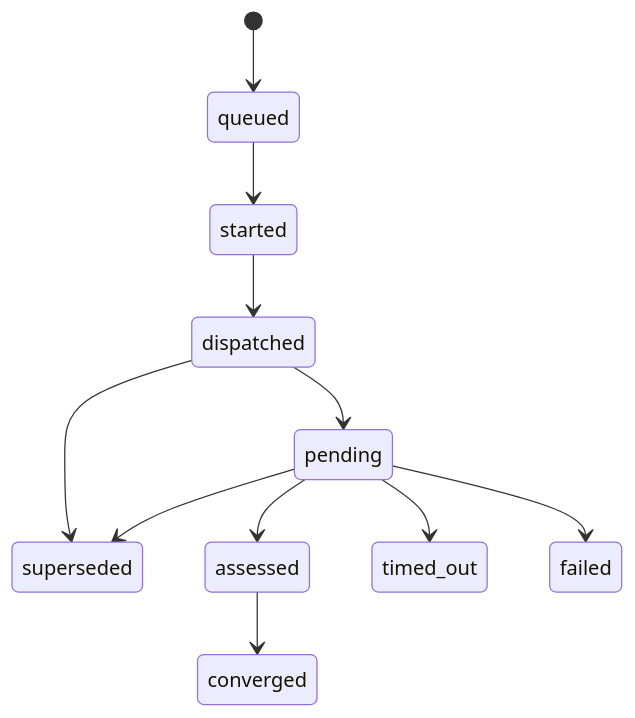
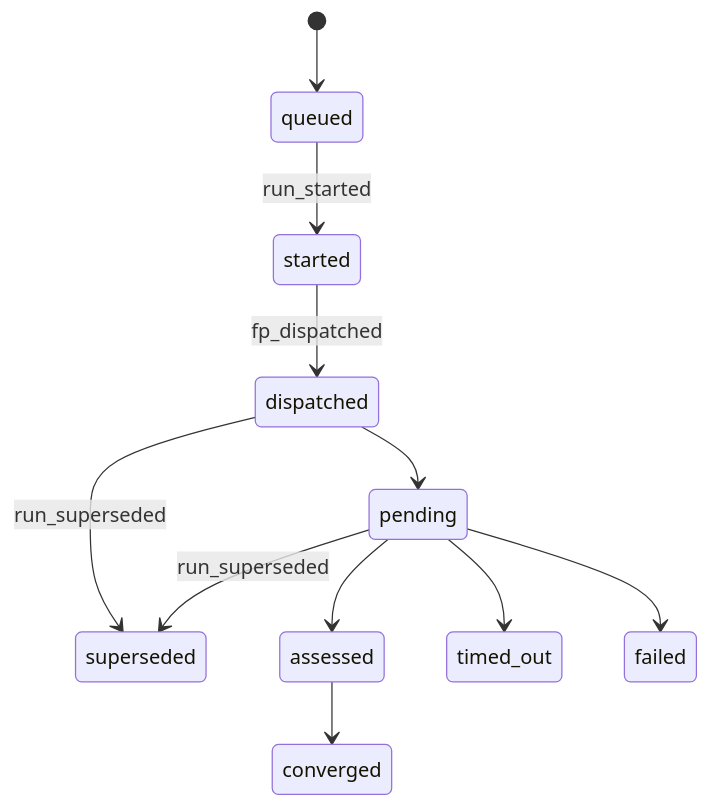
The seventh of 23 diagrams in docs/ABG_Design_Document.md (foolishimp/abiogenesis), drawn with Mermaid before and after one commit. The commit also changed other lines of this file and 90 other files, not shown here.

````diff
--- a/docs/ABG_Design_Document.md
+++ b/docs/ABG_Design_Document.md
@@ -367,13 +475,13 @@
 ```mermaid
 stateDiagram-v2
     [*] --> queued
-    queued --> started
-    started --> dispatched
+    queued --> started : run_started
+    started --> dispatched : fp_dispatched
     dispatched --> pending
-    dispatched --> superseded
+    dispatched --> superseded : run_superseded
     pending --> assessed
     assessed --> converged
     pending --> timed_out
     pending --> failed
-    pending --> superseded
+    pending --> superseded : run_superseded
 ```
````
